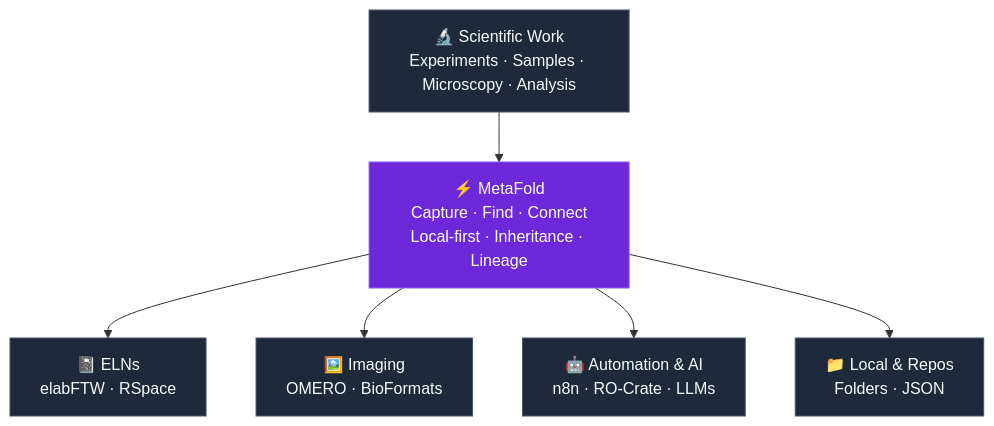
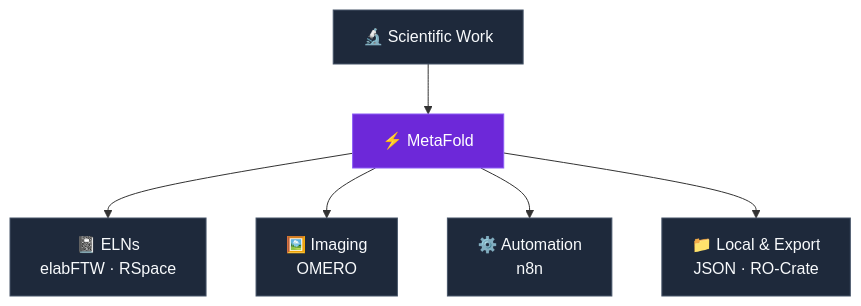
Before and after one commit to ThZobel/MetaFold: the diagram in README.md, drawn with Mermaid. The commit also changed other lines of this file, not shown here.

Commit message:
Refine flowchart and enhance README clarity
Updated the flowchart in README.md to simplify labels and enhance clarity. Added a note about MetaFold's functionality and clarified the steps for capturing experiments.

````diff
--- a/README.md
+++ b/README.md
@@ -39,19 +39,16 @@
 ```mermaid
 flowchart TB
-    A["🔬 Scientific Work<br/>Experiments · Samples · Microscopy · Analysis"]
-    B["⚡ MetaFold<br/>Capture · Find · Connect<br/>Local-first · Inheritance · Lineage"]
-
-    A --> B
+    A["🔬 Scientific Work"] --> B["⚡ MetaFold"]
 
     B --> C["📓 ELNs<br/>elabFTW · RSpace"]
-    B --> D["🖼️ Imaging<br/>OMERO · BioFormats"]
-    B --> E["🤖 Automation & AI<br/>n8n · RO-Crate · LLMs"]
-    B --> F["📁 Local & Repos<br/>Folders · JSON"]
+    B --> D["🖼️ Imaging<br/>OMERO"]
+    B --> E["⚙️ Automation<br/>n8n"]
+    B --> F["📁 Local & Export<br/>JSON · RO-Crate"]
 
     style A fill:#1e293b,color:#f8fafc,stroke:#475569
     style B fill:#6d28d9,color:#ffffff,stroke:#8b5cf6
     style C fill:#1e293b,color:#f8fafc,stroke:#475569
     style D fill:#1e293b,color:#f8fafc,stroke:#475569
     style E fill:#1e293b,color:#f8fafc,stroke:#475569
     style F fill:#1e293b,color:#f8fafc,stroke:#475569
 ```
````
